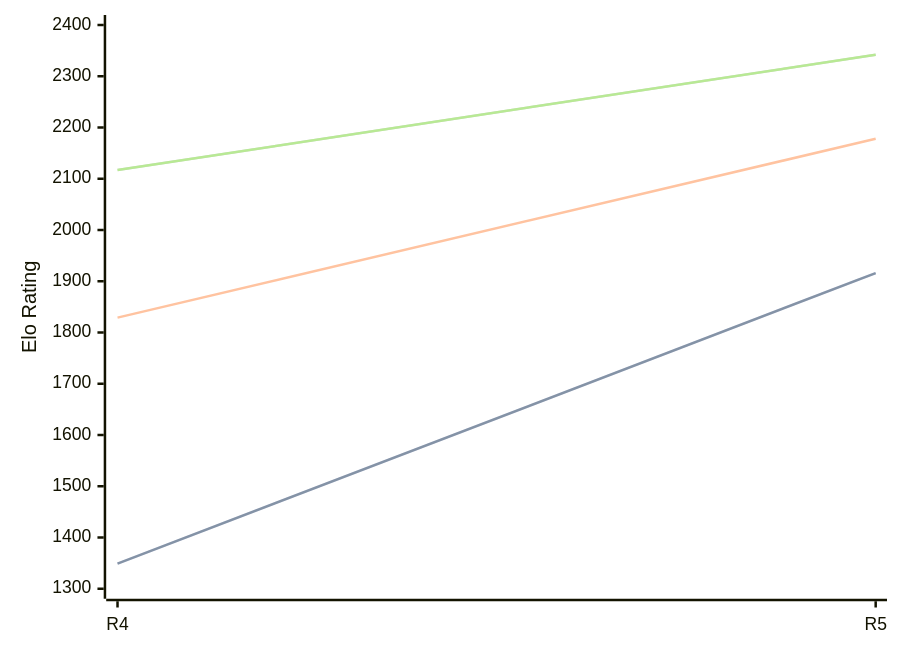
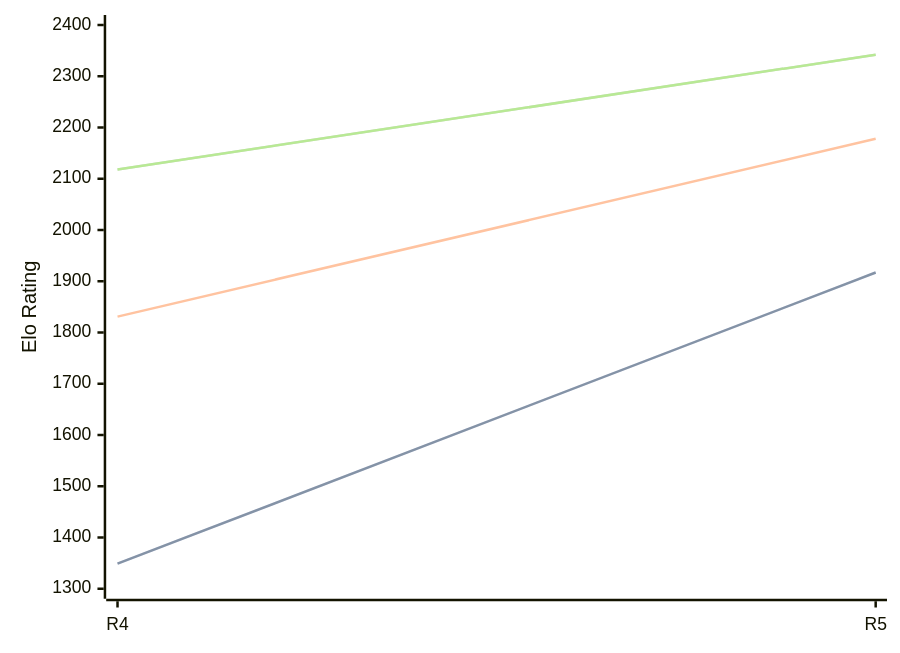
Before and after one commit to computer-chess-index/cci: the diagram in engines/Viking.md, drawn with Mermaid. The commit also changed other lines of this file, not shown here.

Commit message:
Update CCI Ratings (ELO VLTC) - 2026-08-27

````diff
--- a/engines/Viking.md
+++ b/engines/Viking.md
@@ -35,11 +35,11 @@
 ```mermaid
 %%{init: {"theme":"base","themeVariables":{"seriesColors:['#a3a3a3','#222221','#faa371']}}}%%
 xychart-beta
   x-axis ["R4", "R5"]
   y-axis "Elo Rating" 1300 --> 2400
-  line "STC (8.0+0.08s)" [1349, 1916]
-  line "STC (8.0+0.08s)" [1349, 1916]
-  line "LTC (60.0+0.60s)" [1829, 2178]
-  line "VLTC (2m24s+1.12s)" [2117, 2342]
-  line "VLTC (2m24s+1.12s)" [2117, 2342]
+  line "STC (8.0+0.08s)" [1349, 1917]
+  line "STC (8.0+0.08s)" [1349, 1917]
+  line "LTC (60.0+0.60s)" [1831, 2178]
+  line "VLTC (2m24s+1.12s)" [2118, 2342]
+  line "VLTC (2m24s+1.12s)" [2118, 2342]
 ```
````
